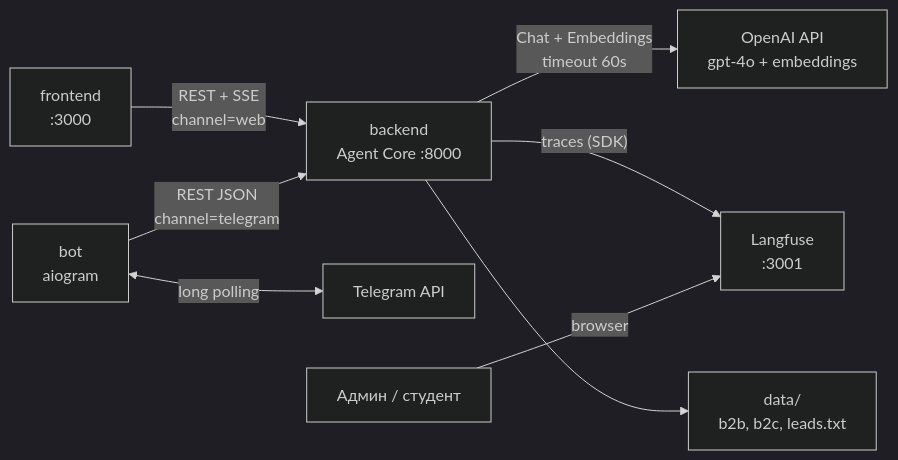
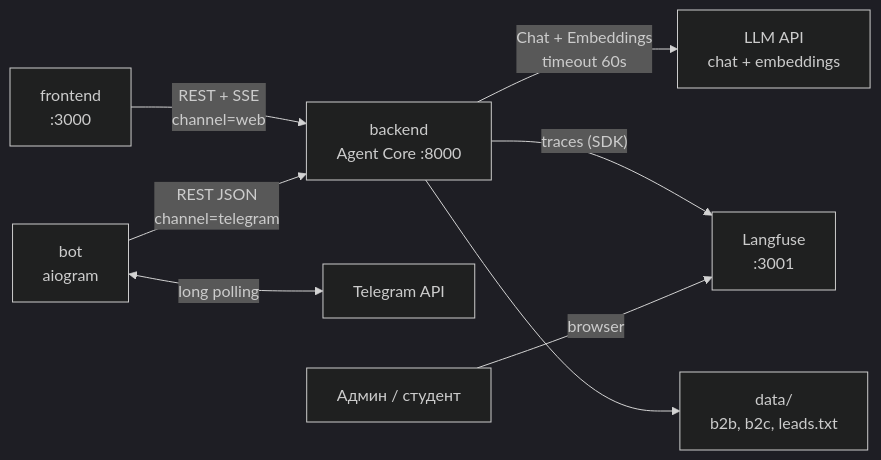
Before and after one commit to serereg/llmstart-agent: the diagram in docs/concept/integrations.md, drawn with Mermaid (dark theme). The commit also changed other lines of this file and 8 other files, not shown here.

First line of the commit message:
Enhance backend configuration for LLM API integration

````diff
--- a/docs/concept/integrations.md
+++ b/docs/concept/integrations.md
@@ -119,20 +130,20 @@
 ```mermaid
 graph LR
     FE["frontend<br/>:3000"]
     BOT["bot<br/>aiogram"]
     BE["backend<br/>Agent Core :8000"]
-    OAI["OpenAI API<br/>gpt-4o + embeddings"]
+    OAI["LLM API<br/>chat + embeddings"]
     LF["Langfuse<br/>:3001"]
     TG["Telegram API"]
     FILES["data/<br/>b2b, b2c, leads.txt"]
 
     FE -->|"REST + SSE<br/>channel=web"| BE
     BOT -->|"REST JSON<br/>channel=telegram"| BE
     BOT <-->|"long polling"| TG
 
     BE -->|"Chat + Embeddings<br/>timeout 60s"| OAI
     BE -->|"traces (SDK)"| LF
     BE --> FILES
 
     ADM["Админ / студент"] -->|"browser"| LF
 ```
````
